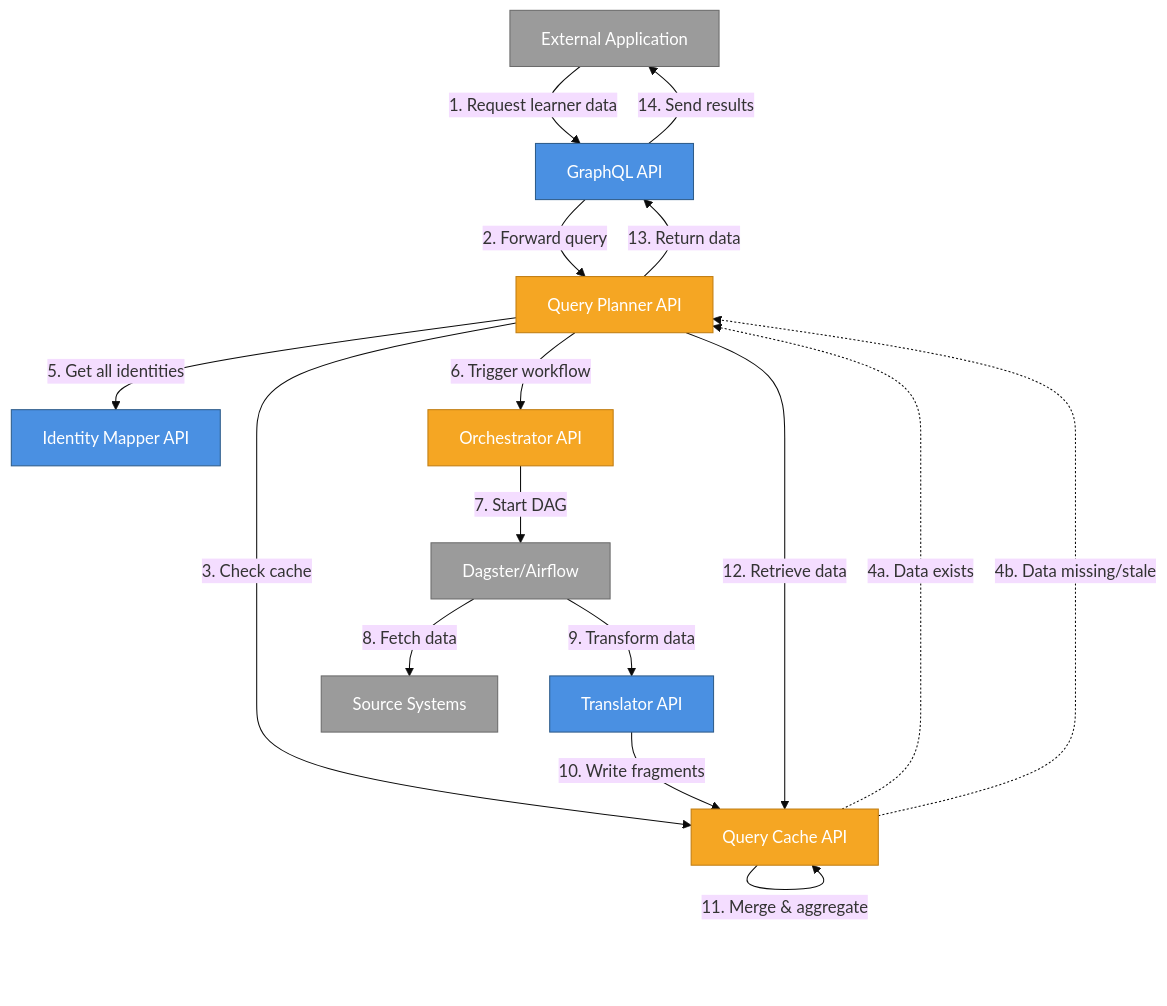
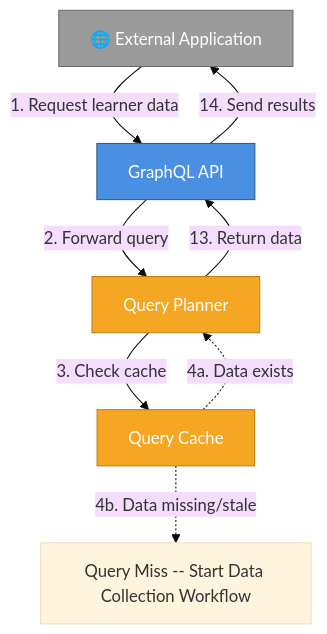
Diagram 13 of 15 in docs/lif_services_overview.md (LIF-Initiative/lif-core), drawn with Mermaid (base theme) before and after one commit.

Commit message:
docs: update query flow diagram

````diff
--- a/docs/lif_services_overview.md
+++ b/docs/lif_services_overview.md
@@ -547,36 +547,24 @@
 ```mermaid
 graph TB
-    User[External Application]
+    User[🌐 External Application]
     GQL[GraphQL API]
-    QP[Query Planner API]
-    Cache[Query Cache API]
-    IDMap[Identity Mapper API]
-    Orch[Orchestrator API]
-    OrchTool[Dagster/Airflow]
-    Trans[Translator API]
-    Sources[Source Systems]
+    QP[Query Planner]
+    Cache[Query Cache]
+    MISS[Query Miss -- Start Data Collection Workflow]
     
     User -->|1. Request learner data| GQL
     GQL -->|2. Forward query| QP
     QP -->|3. Check cache| Cache
     Cache -.->|4a. Data exists| QP
-    Cache -.->|4b. Data missing/stale| QP
-    QP -->|5. Get all identities| IDMap
-    QP -->|6. Trigger workflow| Orch
-    Orch -->|7. Start DAG| OrchTool
-    OrchTool -->|8. Fetch data| Sources
-    OrchTool -->|9. Transform data| Trans
-    Trans -->|10. Write fragments| Cache
-    Cache -->|11. Merge & aggregate| Cache
-    QP -->|12. Retrieve data| Cache
+    Cache -.->|4b. Data missing/stale| MISS
     QP -->|13. Return data| GQL
     GQL -->|14. Send results| User
     
     classDef coreStyle fill:#4A90E2,stroke:#2E5C8A,color:#fff
     classDef infraStyle fill:#F5A623,stroke:#C17D11,color:#fff
     classDef extStyle fill:#9B9B9B,stroke:#6B6B6B,color:#fff
     
     class GQL,Trans,IDMap coreStyle
     class QP,Cache,Orch infraStyle
     class User,OrchTool,Sources extStyle
 ```
````
